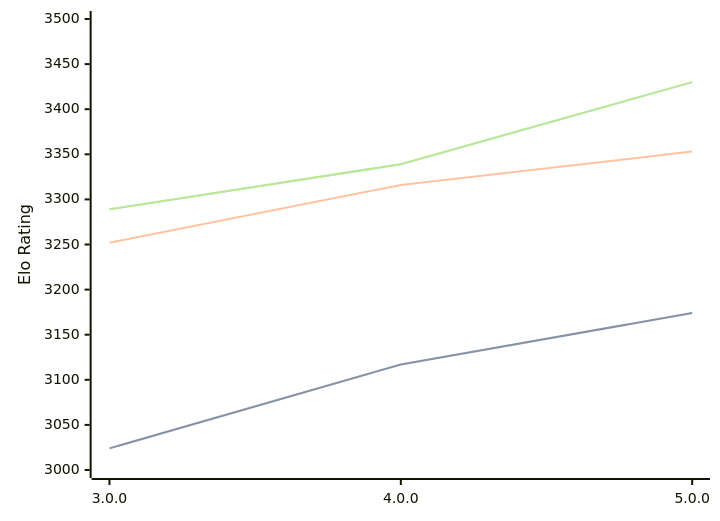
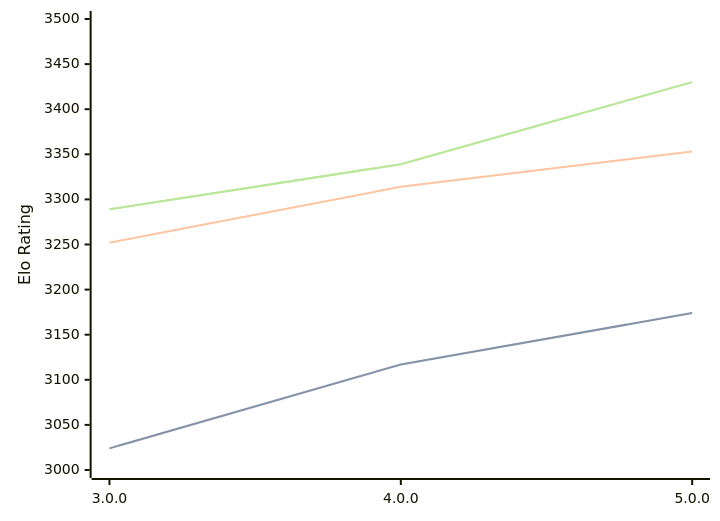
Before and after one commit to computer-chess-index/cci: the diagram in engines/Minke.md, drawn with Mermaid. The commit also changed other lines of this file, not shown here.

````diff
--- a/engines/Minke.md
+++ b/engines/Minke.md
@@ -33,11 +33,11 @@
 ```mermaid
 %%{init: {"theme":"base","themeVariables":{"seriesColors:['#a3a3a3','#222221','#faa371']}}}%%
 xychart-beta
   x-axis ["3.0.0", "4.0.0", "5.0.0"]
   y-axis "Elo Rating" 3000 --> 3500
   line "STC (8.0+0.08s)" [3024, 3117, 3174]
   line "STC (8.0+0.08s)" [3024, 3117, 3174]
-  line "LTC (60.0+0.60s)" [3252, 3316, 3353]
+  line "LTC (60.0+0.60s)" [3252, 3314, 3353]
   line "VLTC (2m24s+1.12s)" [3289, 3339, 3430]
   line "VLTC (2m24s+1.12s)" [3289, 3339, 3430]
 ```
````
